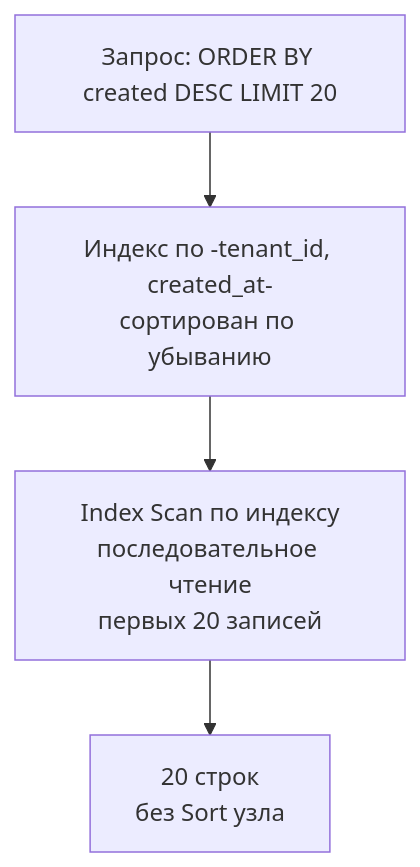
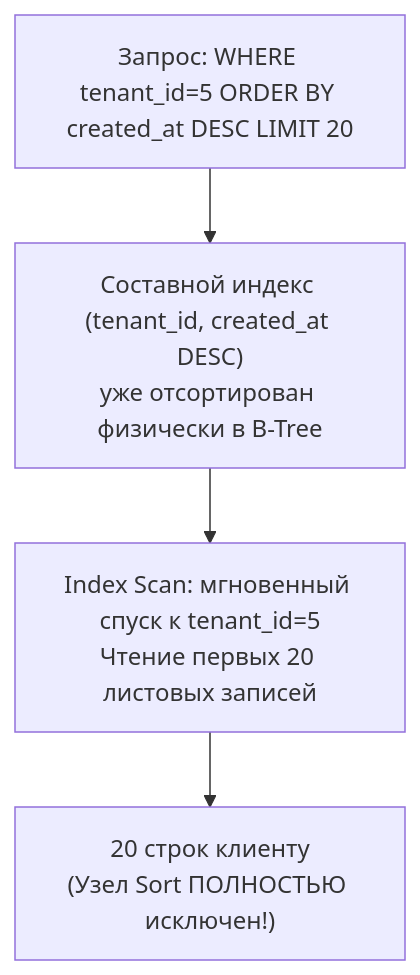
One commit to UnrealTemplier/go-textbook changed the diagram in sources/12. Базы данных/04. Индексы и производительность/15. Оптимизация SELECT.md. Above: the diagram before and after it, drawn with Mermaid. The commit also changed other lines of this file, not shown here.

````diff
--- a/sources/12. Базы данных/04. Индексы и производительность/15. Оптимизация SELECT.md
+++ b/sources/12. Базы данных/04. Индексы и производительность/15. Оптимизация SELECT.md
@@ -47,10 +89,11 @@
 ```mermaid
 flowchart TD
-    Query["Запрос: ORDER BY created DESC LIMIT 20"]
-    Index["Индекс по -tenant_id, created_at-<br>сортирован по убыванию"]
-    Scan["Index Scan по индексу<br>последовательное чтение<br>первых 20 записей"]
-    Result["20 строк<br>без Sort узла"]
+    Query["Запрос: WHERE tenant_id=5 ORDER BY created_at DESC LIMIT 20"]
+    Index["Составной индекс (tenant_id, created_at DESC)<br>уже отсортирован физически в B-Tree"]
+    Scan["Index Scan: мгновенный спуск к tenant_id=5<br>Чтение первых 20 листовых записей"]
+    Result["20 строк клиенту<br>(Узел Sort ПОЛНОСТЬЮ исключен!)"]
+
     Query --> Index
     Index --> Scan
     Scan --> Result
 ```
````
